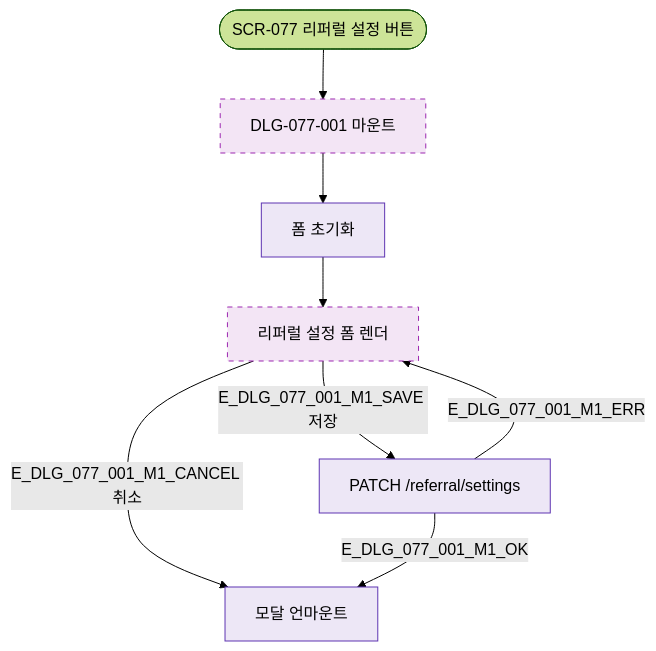
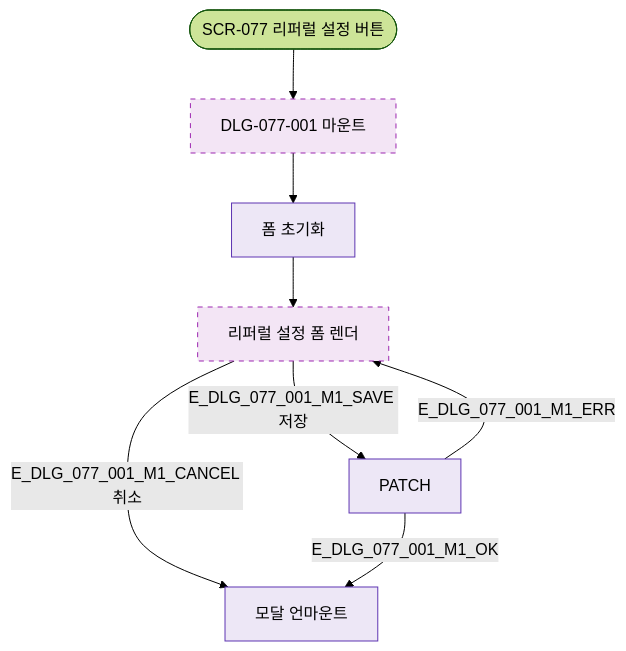
The diagram in docs/다이어그램/D08_마케팅/DLG/DLG-077-001/M1_모달생명주기.md (dev-spogym/admin-pando), drawn with Mermaid (forest theme) before and after one commit. The commit also changed other lines of this file and 1660 other files, not shown here.

First line of the commit message:
다이어그램: 기획자/클라이언트 납품본으로 정리

````diff
--- a/docs/다이어그램/D08_마케팅/DLG/DLG-077-001/M1_모달생명주기.md
+++ b/docs/다이어그램/D08_마케팅/DLG/DLG-077-001/M1_모달생명주기.md
@@ -14,16 +12,16 @@
 ```mermaid
 flowchart TD
   TRIGGER([SCR-077 리퍼럴 설정 버튼]) --> OPEN[DLG-077-001 마운트]
   OPEN --> INIT[폼 초기화]
   INIT --> RENDER[리퍼럴 설정 폼 렌더]
-  RENDER -->|E_DLG_077_001_M1_SAVE 저장| SUBMIT[PATCH /referral/settings]
-  RENDER -->|E_DLG_077_001_M1_CANCEL 취소| UNMOUNT[모달 언마운트]
-  SUBMIT -->|E_DLG_077_001_M1_OK| UNMOUNT
-  SUBMIT -->|E_DLG_077_001_M1_ERR| RENDER
+  RENDER -->|E_DLG_077_001_M1_SAVE 저장|SUBMIT[PATCH]
+  RENDER -->|E_DLG_077_001_M1_CANCEL 취소|UNMOUNT[모달 언마운트]
+  SUBMIT -->|E_DLG_077_001_M1_OK|UNMOUNT
+  SUBMIT -->|E_DLG_077_001_M1_ERR|RENDER
 
   classDef newFeature fill:#F3E5F5,stroke:#9C27B0,stroke-dasharray:5 5
-  classDef system     fill:#EDE7F6,stroke:#5E35B2
+  classDef system fill:#EDE7F6,stroke:#5E35B2
 
   class OPEN,RENDER newFeature
   class INIT,SUBMIT,UNMOUNT system
 ```
````
